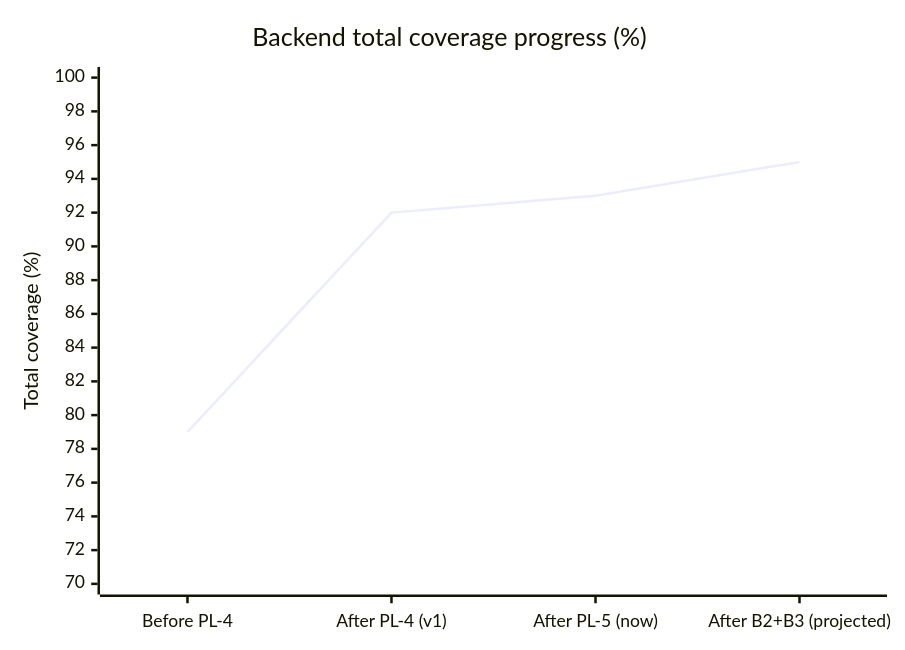
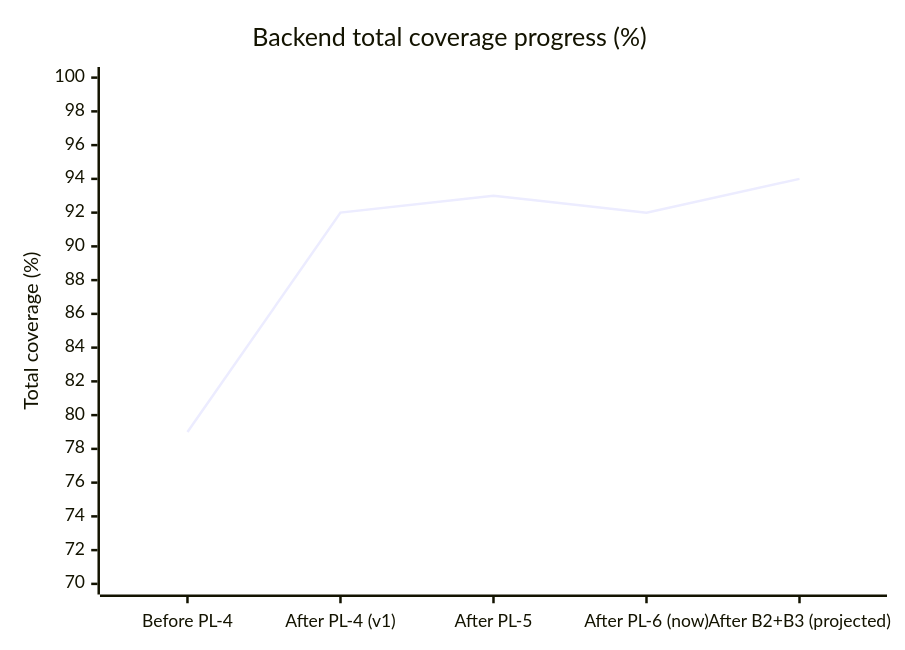
One commit to shaynemeyer/prelegal changed the fifth of 6 diagrams in docs/test-coverage-report.md. Above: the diagram before and after it, drawn with Mermaid. The commit also changed other lines of this file, not shown here.

````diff
--- a/docs/test-coverage-report.md
+++ b/docs/test-coverage-report.md
@@ -304,7 +343,7 @@
 ```mermaid
 xychart-beta
     title "Backend total coverage progress (%)"
-    x-axis ["Before PL-4", "After PL-4 (v1)", "After PL-5 (now)", "After B2+B3 (projected)"]
+    x-axis ["Before PL-4", "After PL-4 (v1)", "After PL-5", "After PL-6 (now)", "After B2+B3 (projected)"]
     y-axis "Total coverage (%)" 70 --> 100
-    line [79, 92, 93, 95]
+    line [79, 92, 93, 92, 94]
 ```
````
